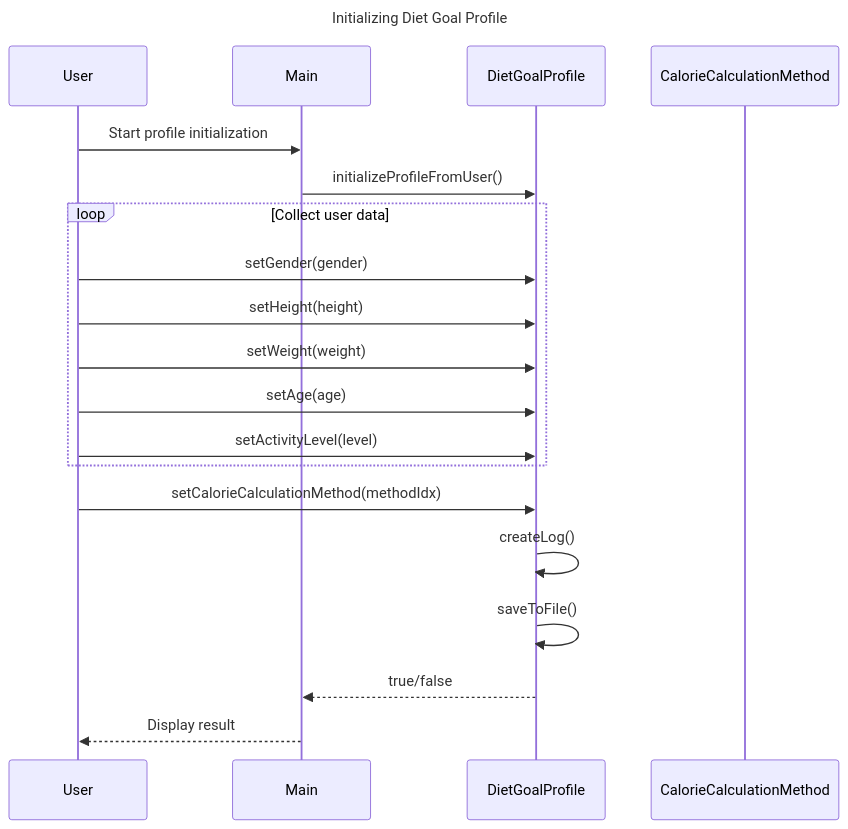
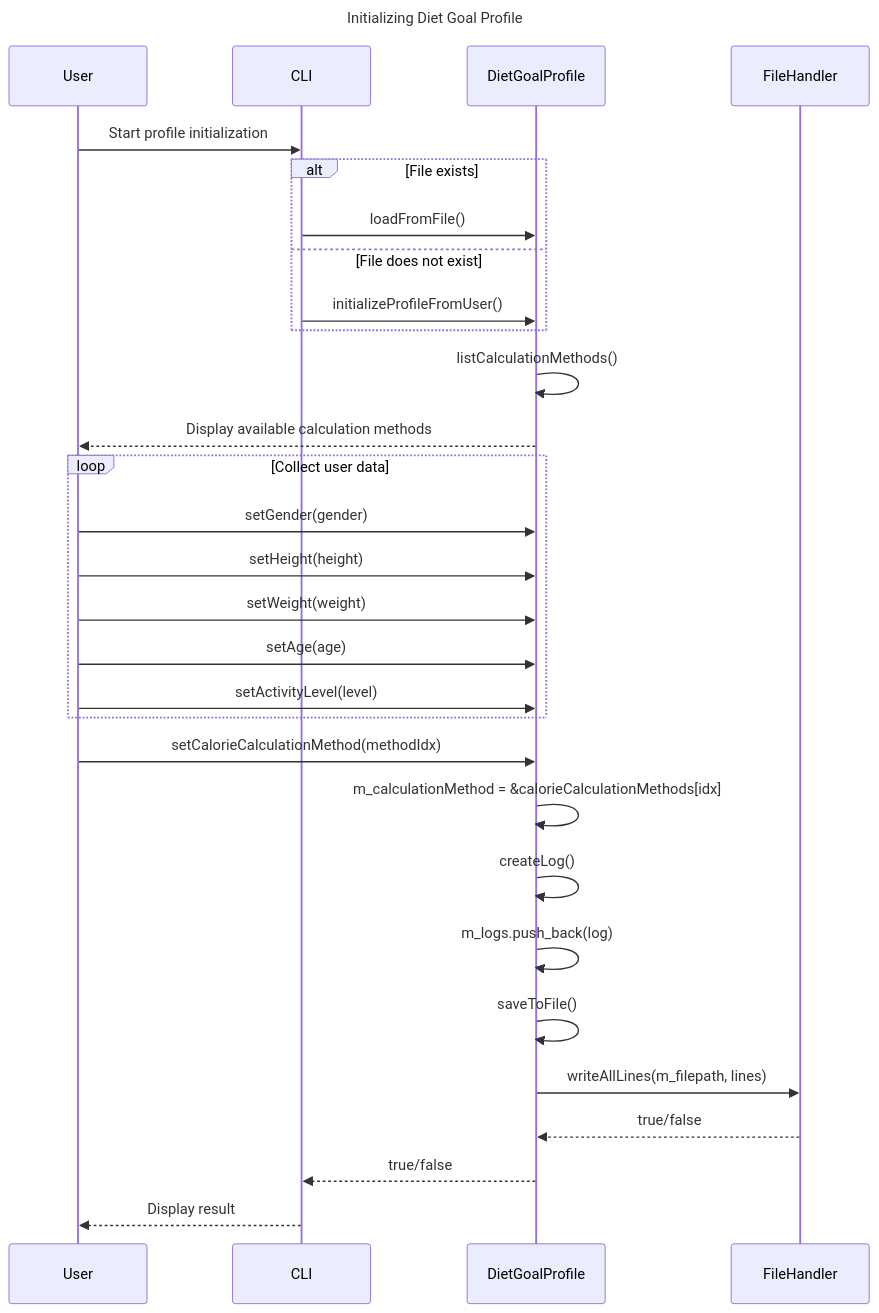
One commit to SANS-Surya-o/Diet-Manager-OOPS-Project changed the fourth of 5 diagrams in docs/sequences.md. Above: the diagram before and after it, drawn with Mermaid. The commit also changed other lines of this file and 5 other files, not shown here.

````diff
--- a/docs/sequences.md
+++ b/docs/sequences.md
@@ -82,24 +99,34 @@
 ```mermaid
 sequenceDiagram
     participant User
-    participant Main
+    participant CLI
     participant DietGoalProfile
-    participant CalorieCalculationMethod
+    participant FileHandler
 
     title Initializing Diet Goal Profile
 
-    User->>Main: Start profile initialization
-    Main->>DietGoalProfile: initializeProfileFromUser()
+    User->>CLI: Start profile initialization
+    alt File exists
+        CLI->>DietGoalProfile: loadFromFile()
+    else File does not exist
+        CLI->>DietGoalProfile: initializeProfileFromUser()
+    end
+    DietGoalProfile->>DietGoalProfile: listCalculationMethods()
+    DietGoalProfile-->>User: Display available calculation methods
     loop Collect user data
         User->>DietGoalProfile: setGender(gender)
         User->>DietGoalProfile: setHeight(height)
         User->>DietGoalProfile: setWeight(weight)
         User->>DietGoalProfile: setAge(age)
         User->>DietGoalProfile: setActivityLevel(level)
     end
     User->>DietGoalProfile: setCalorieCalculationMethod(methodIdx)
+    DietGoalProfile->>DietGoalProfile: m_calculationMethod = &calorieCalculationMethods[idx]
     DietGoalProfile->>DietGoalProfile: createLog()
+    DietGoalProfile->>DietGoalProfile: m_logs.push_back(log)
     DietGoalProfile->>DietGoalProfile: saveToFile()
-    DietGoalProfile-->>Main: true/false
-    Main-->>User: Display result
+    DietGoalProfile->>FileHandler: writeAllLines(m_filepath, lines)
+    FileHandler-->>DietGoalProfile: true/false
+    DietGoalProfile-->>CLI: true/false
+    CLI-->>User: Display result
 ```
````
